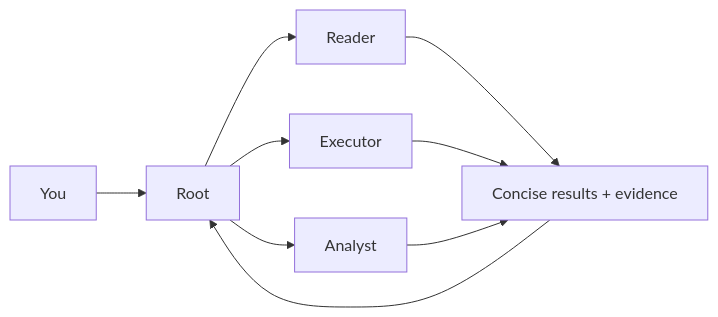
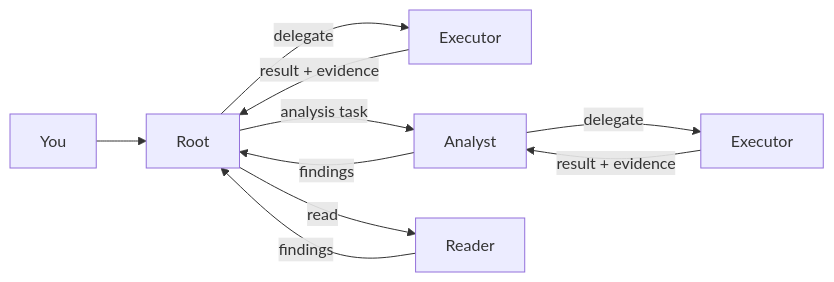
One commit to klarisaka/HCCA-Official changed the diagram in README.md. Above: the diagram before and after it, drawn with Mermaid. The commit also changed other lines of this file and 11 other files, not shown here.

````diff
--- a/README.md
+++ b/README.md
@@ -11,11 +11,12 @@
 ```mermaid
 flowchart LR
     U["You"] --> R["Root"]
-    R --> A["Reader"]
-    R --> B["Executor"]
-    R --> C["Analyst"]
-    A --> S["Concise results + evidence"]
-    B --> S
-    C --> S
-    S --> R
+    R -->|delegate| ER["Executor"]
+    ER -->|result + evidence| R
+    R -->|analysis task| A["Analyst"]
+    A -->|findings| R
+    A -->|delegate| EA["Executor"]
+    EA -->|result + evidence| A
+    R -->|read| RR["Reader"]
+    RR -->|findings| R
 ```
````
